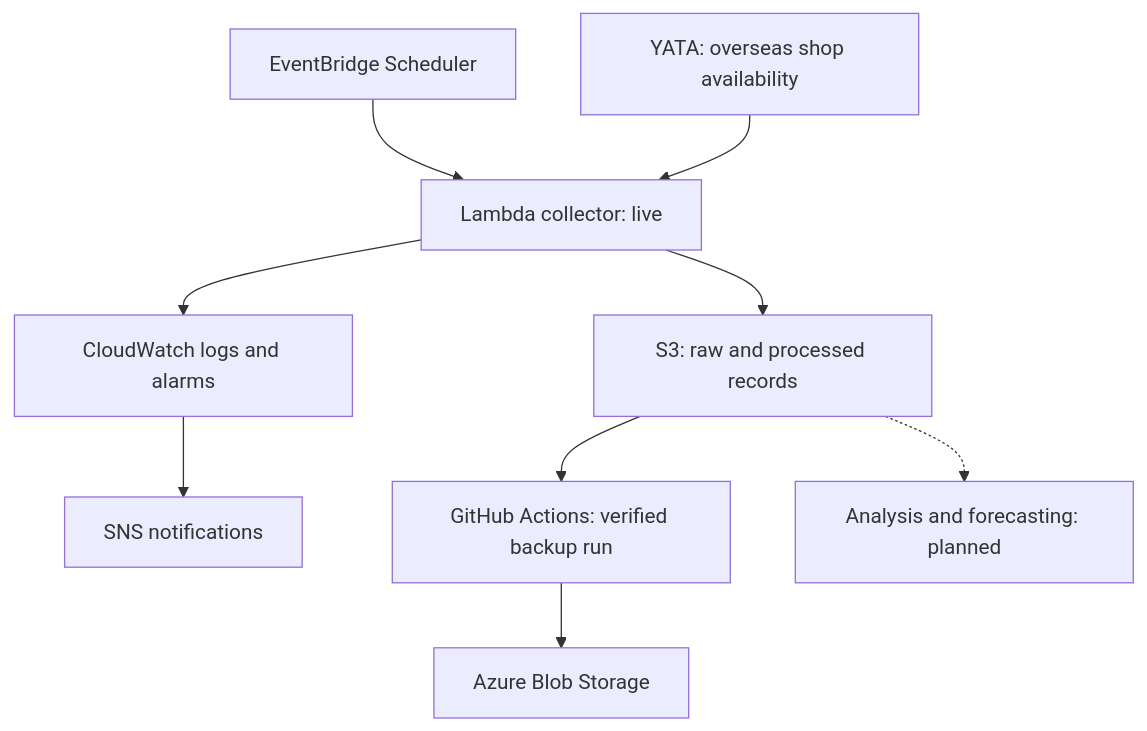
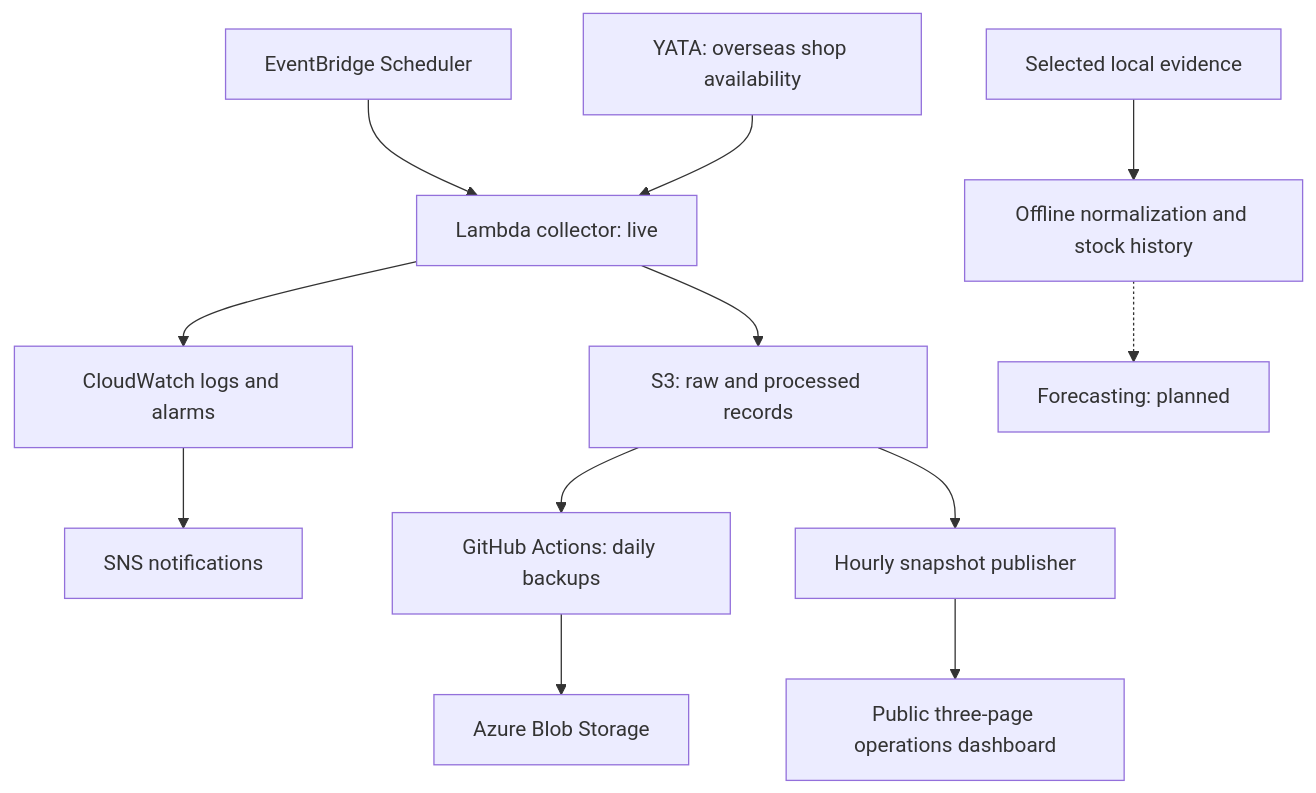
The diagram in README.md (epmelito/TornRedeye), drawn with Mermaid before and after one commit. The commit also changed other lines of this file and 1 other file, not shown here.

Commit message:
Correct backup and dashboard documentation status (#36) (#37)

````diff
--- a/README.md
+++ b/README.md
@@ -17,11 +21,14 @@
 ```mermaid
 flowchart TD
     schedule["EventBridge Scheduler"] --> collector["Lambda collector: live"]
     source["YATA: overseas shop availability"] --> collector
     collector --> history["S3: raw and processed records"]
     collector --> monitoring["CloudWatch logs and alarms"]
     monitoring --> notifications["SNS notifications"]
-    history --> backup["GitHub Actions: verified backup run"]
+    history --> backup["GitHub Actions: daily backups"]
     backup --> azure["Azure Blob Storage"]
-    history -.-> analysis["Analysis and forecasting: planned"]
+    history --> publisher["Hourly snapshot publisher"]
+    publisher --> dashboard["Public three-page operations dashboard"]
+    local["Selected local evidence"] --> analysis["Offline normalization and stock history"]
+    analysis -.-> forecasting["Forecasting: planned"]
 ```
````
